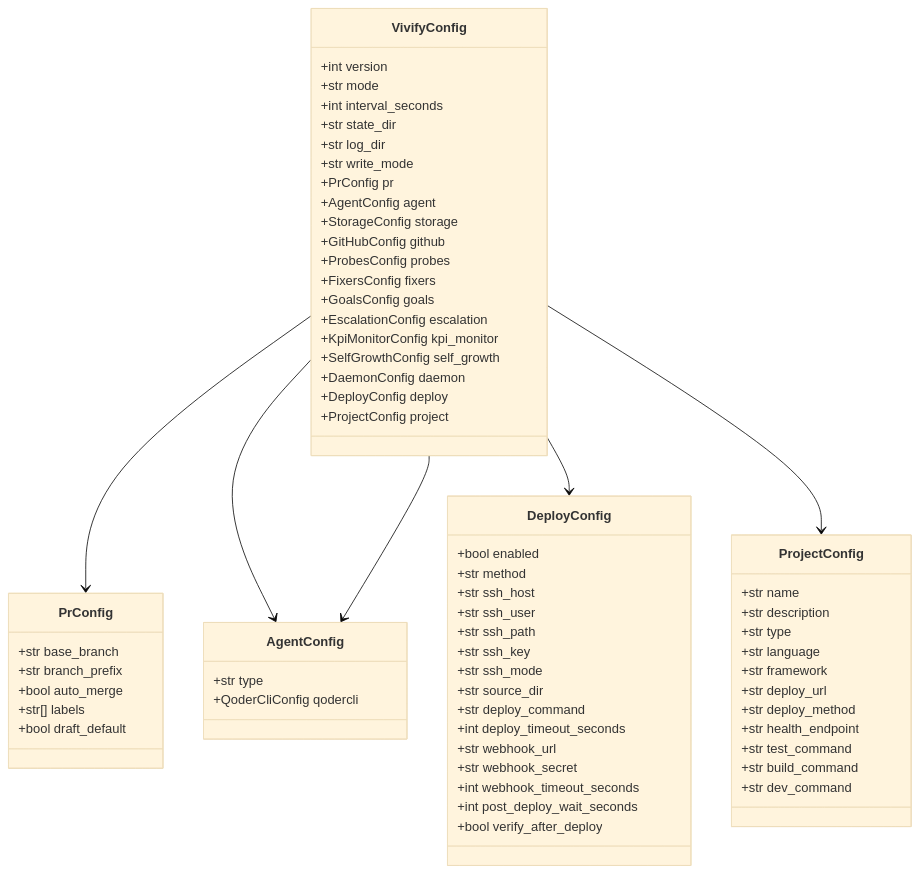
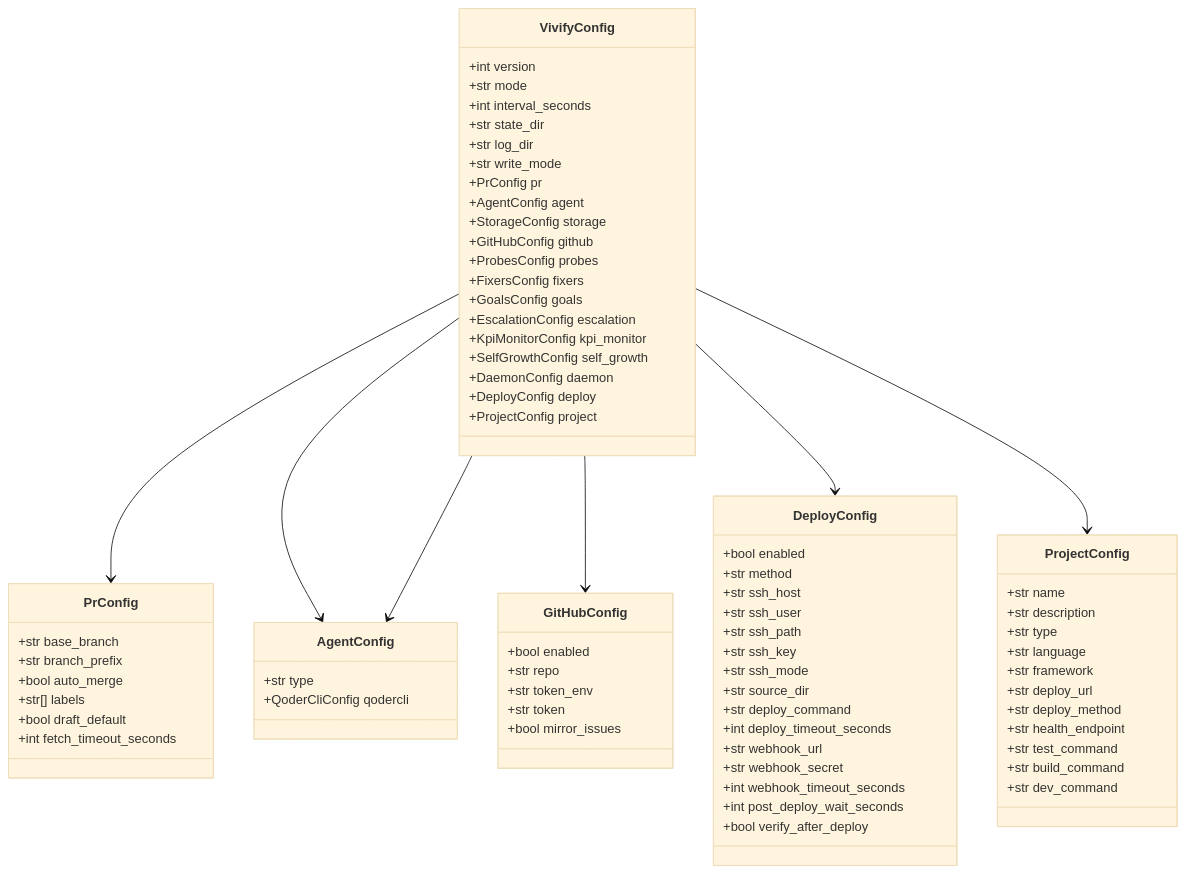
The third of 9 diagrams in .qoder/repowiki/zh/content/技术实现参考/配置文件更新/配置文件更新.md (pinsonchen/vivify), drawn with Mermaid (base theme) before and after one commit. The commit also changed other lines of this file and 5 other files, not shown here.

````diff
--- a/.qoder/repowiki/zh/content/技术实现参考/配置文件更新/配置文件更新.md
+++ b/.qoder/repowiki/zh/content/技术实现参考/配置文件更新/配置文件更新.md
@@ -257,70 +291,79 @@
 ```mermaid
 classDiagram
 class VivifyConfig {
 +int version
 +str mode
 +int interval_seconds
 +str state_dir
 +str log_dir
 +str write_mode
 +PrConfig pr
 +AgentConfig agent
 +StorageConfig storage
 +GitHubConfig github
 +ProbesConfig probes
 +FixersConfig fixers
 +GoalsConfig goals
 +EscalationConfig escalation
 +KpiMonitorConfig kpi_monitor
 +SelfGrowthConfig self_growth
 +DaemonConfig daemon
 +DeployConfig deploy
 +ProjectConfig project
 }
 class PrConfig {
 +str base_branch
 +str branch_prefix
 +bool auto_merge
 +str[] labels
 +bool draft_default
++int fetch_timeout_seconds
 }
 class AgentConfig {
 +str type
 +QoderCliConfig qodercli
+}
+class GitHubConfig {
++bool enabled
++str repo
++str token_env
++str token
++bool mirror_issues
 }
 class DeployConfig {
 +bool enabled
 +str method
 +str ssh_host
 +str ssh_user
 +str ssh_path
 +str ssh_key
 +str ssh_mode
 +str source_dir
 +str deploy_command
 +int deploy_timeout_seconds
 +str webhook_url
 +str webhook_secret
 +int webhook_timeout_seconds
 +int post_deploy_wait_seconds
 +bool verify_after_deploy
 }
 class ProjectConfig {
 +str name
 +str description
 +str type
 +str language
 +str framework
 +str deploy_url
 +str deploy_method
 +str health_endpoint
 +str test_command
 +str build_command
 +str dev_command
 }
 VivifyConfig --> PrConfig
 VivifyConfig --> AgentConfig
+VivifyConfig --> GitHubConfig
 VivifyConfig --> DeployConfig
 VivifyConfig --> ProjectConfig
 VivifyConfig --> AgentConfig
 ```
````
